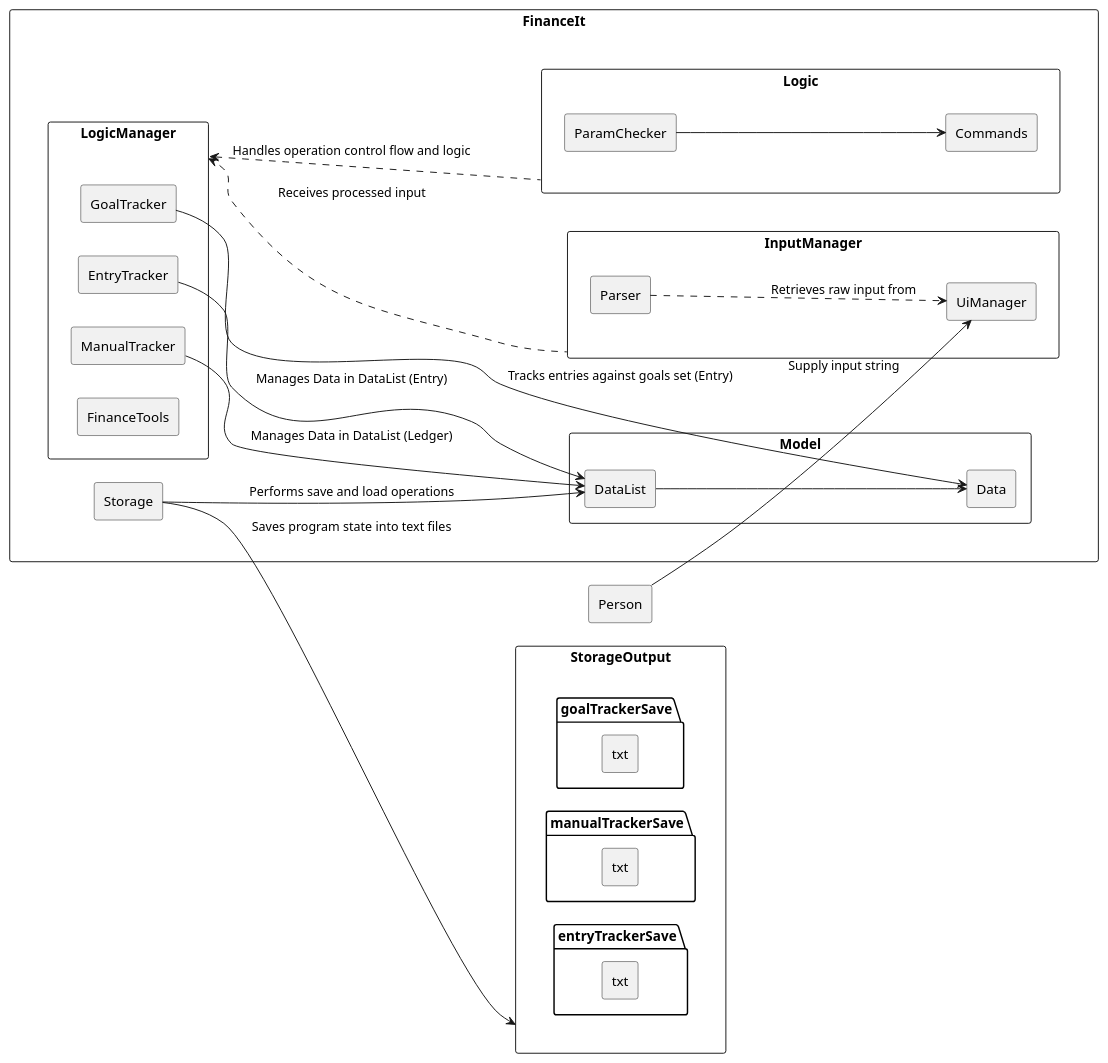
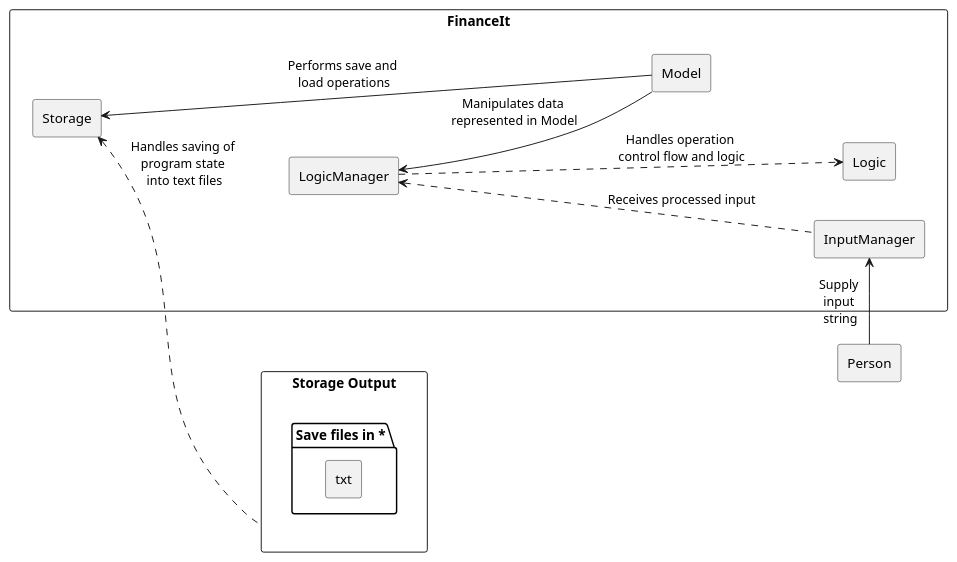
One commit to nus-cs2113-AY2021S1/tp changed the diagram in docs/uml_images/manualTracker/Overall.puml. Above: the diagram before and after it, drawn with PlantUML. The commit also changed 32 other files, not shown here.

```diff
--- a/docs/uml_images/manualTracker/Overall.puml
+++ b/docs/uml_images/manualTracker/Overall.puml
@@ -1,127 +1,51 @@
 @startuml
 hide circle
 skinparam classAttributeIconSize 0
 skinparam BoxPadding 50
 skinparam shadowing false
 left to right direction
-
 
 skinparam package<<Layout>> {
   borderColor Transparent
   backgroundColor Transparent
   fontColor Transparent
   stereotypeFontColor Transparent
 }
 
-rectangle StorageOutput {
-    rectangle goalTrackerSave.txt {
+rectangle "Storage Output" {
+    rectangle "Save files in *.txt" {
     }
-    rectangle manualTrackerSave.txt {
-    }
-    rectangle entryTrackerSave.txt {
-    }
-
 }
 
 
 rectangle FinanceIt {
 
     rectangle InputManager {
-        rectangle Parser {
-        }
-        rectangle UiManager {
-        }
     }
 
     rectangle LogicManager {
-        rectangle ManualTracker {
-        }
-        rectangle GoalTracker {
-        }
-        rectangle EntryTracker {
-        }
-        rectangle FinanceTools {
-        }
     }
 
     rectangle Storage {
     }
 
     rectangle Logic {
-        rectangle Commands {
-        }
-
-        rectangle ParamChecker {
-        }
-        ParamChecker --> Commands
     }
 
     rectangle Model {
-        rectangle DataList {
-        }
-
-        rectangle Data {
-        }
     }
 
-    Storage --> DataList : Performs save and load operations
-    DataList --> Data
-    ManualTracker --> DataList : Manages Data in DataList (Ledger)
-    EntryTracker --> DataList : Manages Data in DataList (Entry)
-    GoalTracker --> Data : Tracks entries against goals set (Entry)
-    LogicManager <.. InputManager : Receives processed input
-    Parser ..> UiManager : Retrieves raw input from
-    LogicManager <.. Logic : Handles operation control flow and logic
-    Storage --> StorageOutput : Saves program state into text files
+    LogicManager <-- Model: Manipulates data \nrepresented in Model
+    Storage <--- Model: Performs save and \nload operations
+    LogicManager <... InputManager : Receives processed input
+    LogicManager ...> Logic : Handles operation \ncontrol flow and logic
+    Storage <.. "Storage Output" : Handles saving of \nprogram state \ninto text files
 
 }
 rectangle Person {
 }
 
-Person --> UiManager : Supply input string
+Person -> InputManager : Supply \ninput \nstring
 FinanceIt -[hidden]right Person
 
-/'
-rectangle Model {
-    class Entry {
-    }
-}
-
-rectangle InputManager {
-}
-
-
-
-rectangle LogicManager {
-    class ManualTracker {
-        ~ {static} handleCreateLedger() : State
-        ~ {static} handleOpenLedger() : State
-        ~ {static} handleDeleteLedger() : State
-    }
-
-    class EntryTracker {
-        ~ {static} handleCreateEntry() : State
-        ~ {static} handleEditEntry() : State
-        ~ {static} handleDeleteEntry() : State
-    }
-
-    class GoalTracker {
-    }
-
-    class FinanceTools{
-    }
-
-    EntryTracker --> Model : stores entries with >
-    ManualTracker --> Model : stores ledgers with >
-}
-
-ManualTracker --> InputManager : Handles input <
-EntryTracker --> InputManager : Handles input <
-
-GoalTracker --> Entry : Tracks against \n input goal >
-GoalTracker ..> EntryTracker : Displays goal progress >
-
-
-Handler -[hidden]- Model
-'/
 @enduml
```
